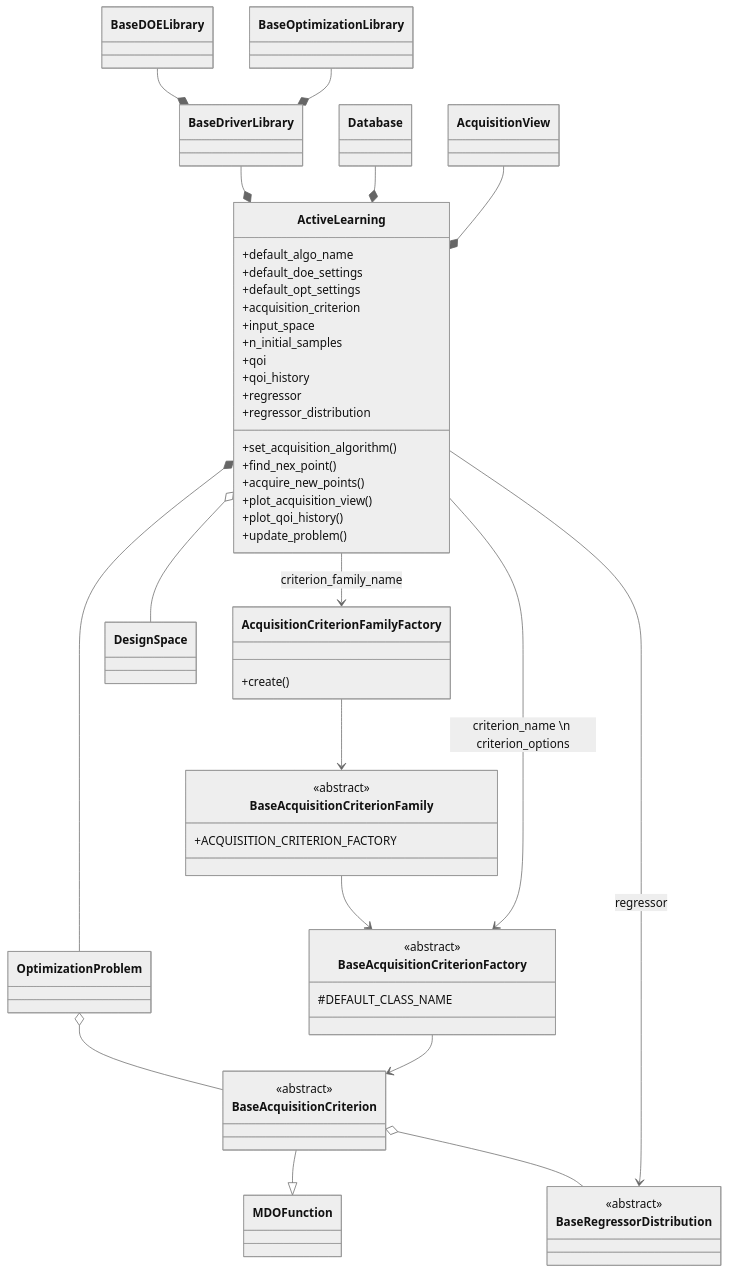
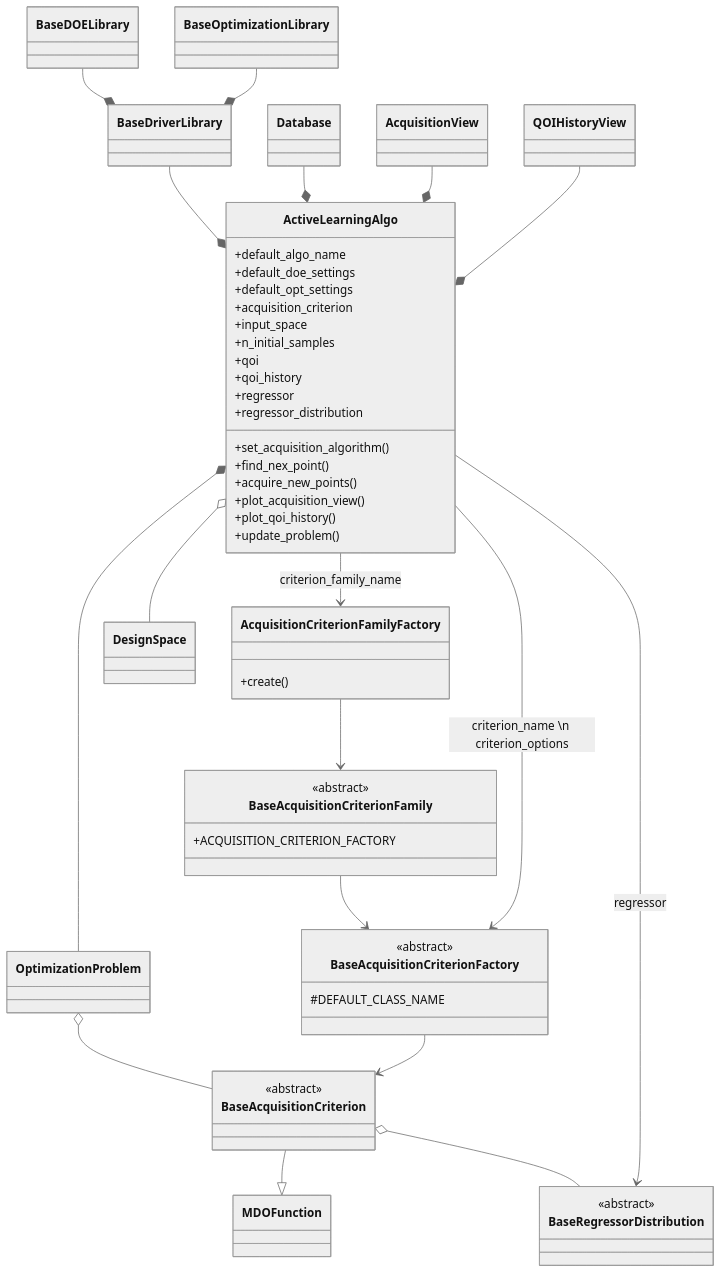
One commit to gemseo/gemseo-mlearning changed the diagram in docs/developer_guide/active_learning.md. Above: the diagram before and after it, drawn with Mermaid (neutral theme). The commit also changed other lines of this file and 33 other files, not shown here.

Commit message:
docs(ActiveLearning): add pages about acquisition criteria  in the user guide

````diff
--- a/docs/developer_guide/active_learning.md
+++ b/docs/developer_guide/active_learning.md
@@ -49,59 +50,60 @@
 ``` mermaid
 classDiagram
 
-    ActiveLearning *-- OptimizationProblem
-    ActiveLearning o-- DesignSpace
-    ActiveLearning --> AcquisitionCriterionFamilyFactory: criterion_family_name
-    ActiveLearning --> BaseAcquisitionCriterionFactory: criterion_name \n criterion_options
-    ActiveLearning --> BaseRegressorDistribution: regressor
-    BaseDriverLibrary --* ActiveLearning
+    ActiveLearningAlgo *-- OptimizationProblem
+    ActiveLearningAlgo o-- DesignSpace
+    ActiveLearningAlgo --> AcquisitionCriterionFamilyFactory: criterion_family_name
+    ActiveLearningAlgo --> BaseAcquisitionCriterionFactory: criterion_name \n criterion_options
+    ActiveLearningAlgo --> BaseRegressorDistribution: regressor
+    BaseDriverLibrary --* ActiveLearningAlgo
     BaseDOELibrary --* BaseDriverLibrary
     BaseOptimizationLibrary --* BaseDriverLibrary
-    Database --* ActiveLearning
-    AcquisitionView --* ActiveLearning
+    Database --* ActiveLearningAlgo
+    AcquisitionView --* ActiveLearningAlgo
+    QOIHistoryView --* ActiveLearningAlgo
 
     OptimizationProblem o-- BaseAcquisitionCriterion
 
     AcquisitionCriterionFamilyFactory --> BaseAcquisitionCriterionFamily
     BaseAcquisitionCriterionFamily --> BaseAcquisitionCriterionFactory
     BaseAcquisitionCriterionFactory --> BaseAcquisitionCriterion
 
     BaseAcquisitionCriterion --|> MDOFunction
     BaseAcquisitionCriterion o-- BaseRegressorDistribution
 
     <<abstract>> BaseAcquisitionCriterion
     <<abstract>> BaseAcquisitionCriterionFactory
     <<abstract>> BaseAcquisitionCriterionFamily
     <<abstract>> BaseRegressorDistribution
 
-    class ActiveLearning {
+    class ActiveLearningAlgo {
         +default_algo_name
         +default_doe_settings
         +default_opt_settings
         +acquisition_criterion
         +input_space
         +n_initial_samples
         +qoi
         +qoi_history
         +regressor
         +regressor_distribution
         +set_acquisition_algorithm()
         +find_nex_point()
         +acquire_new_points()
         +plot_acquisition_view()
         +plot_qoi_history()
         +update_problem()
     }
 
     class AcquisitionCriterionFamilyFactory {
         +create()
     }
 
     class BaseAcquisitionCriterionFamily {
         +ACQUISITION_CRITERION_FACTORY
     }
 
     class BaseAcquisitionCriterionFactory {
         #DEFAULT_CLASS_NAME
     }
 ```
````
